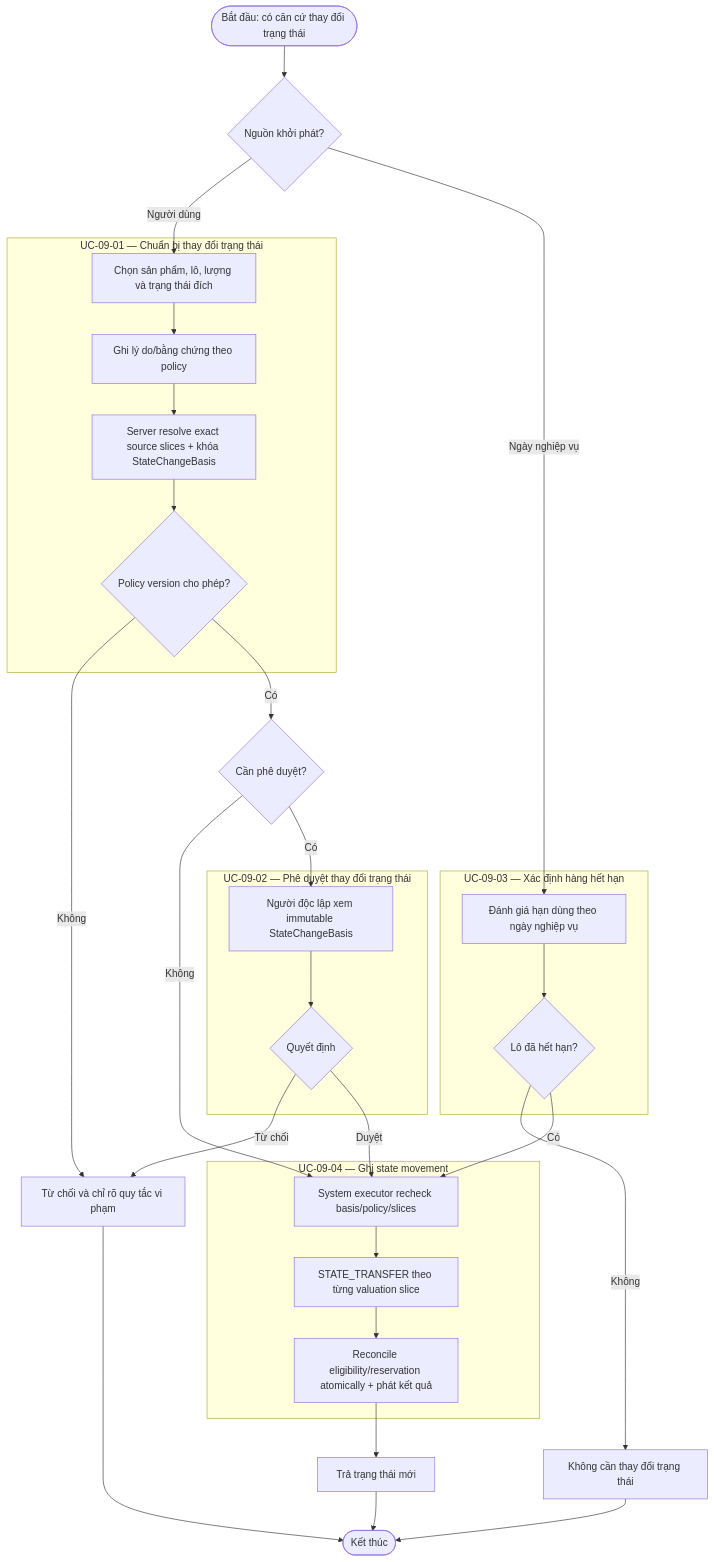
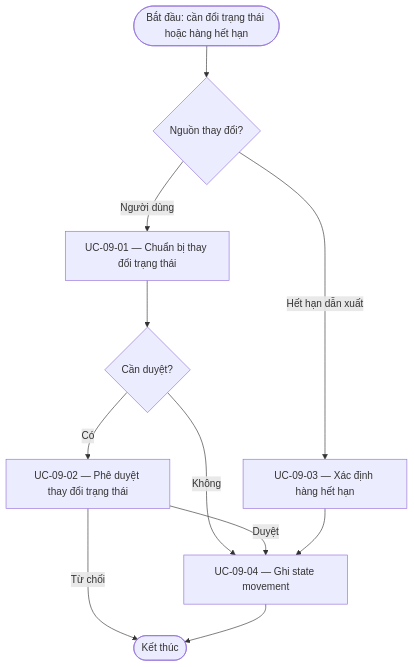
One commit to DsChien102/erp-sales-inventory changed the diagram in specs/themes/theme-07/02.specification/behavior/journeys/BJ-09-quan-ly-trang-thai-hang.md. Above: the diagram before and after it, drawn with Mermaid. The commit also changed other lines of this file and 4136 other files, not shown here.

````diff
--- a/specs/themes/theme-07/02.specification/behavior/journeys/BJ-09-quan-ly-trang-thai-hang.md
+++ b/specs/themes/theme-07/02.specification/behavior/journeys/BJ-09-quan-ly-trang-thai-hang.md
@@ -51,41 +32,13 @@
 ```mermaid
 flowchart TD
-    S([Bắt đầu: có căn cứ thay đổi trạng thái]) --> T{Nguồn khởi phát?}
-
-    T -->|Người dùng| U1A
-    subgraph U1["UC-09-01 — Chuẩn bị thay đổi trạng thái"]
-        U1A[Chọn sản phẩm, lô, lượng và trạng thái đích] --> U1B[Ghi lý do/bằng chứng theo policy]
-        U1B --> U1C[Server resolve exact source slices + khóa StateChangeBasis]
-        U1C --> U1D{Policy version cho phép?}
-    end
-
-    U1D -->|Không| R0[Từ chối và chỉ rõ quy tắc vi phạm]
-    U1D -->|Có| A{Cần phê duyệt?}
-    A -->|Không| SUA
-    A -->|Có| U2A
-
-    subgraph U2["UC-09-02 — Phê duyệt thay đổi trạng thái"]
-        U2A[Người độc lập xem immutable StateChangeBasis] --> U2B{Quyết định}
-    end
-
-    U2B -->|Từ chối| R0
-    U2B -->|Duyệt| SUA
-
-    T -->|Ngày nghiệp vụ| U3A
-    subgraph U3["UC-09-03 — Xác định hàng hết hạn"]
-        U3A[Đánh giá hạn dùng theo ngày nghiệp vụ] --> U3B{Lô đã hết hạn?}
-    end
-
-    U3B -->|Không| R1[Không cần thay đổi trạng thái]
-    U3B -->|Có| SUA
-
-    subgraph SU["UC-09-04 — Ghi state movement"]
-        SUA[System executor recheck basis/policy/slices] --> SUB[STATE_TRANSFER theo từng valuation slice]
-        SUB --> SUC[Reconcile eligibility/reservation atomically + phát kết quả]
-    end
-
-    SUC --> R2[Trả trạng thái mới]
-    R0 --> E([Kết thúc])
-    R1 --> E
-    R2 --> E
+    Begin([Bắt đầu: cần đổi trạng thái hoặc hàng hết hạn]) --> D{"Nguồn thay đổi?"}
+    D -->|Người dùng| U1["UC-09-01 — Chuẩn bị thay đổi trạng thái"]
+    D -->|Hết hạn dẫn xuất| U3["UC-09-03 — Xác định hàng hết hạn"]
+    U1 --> A{"Cần duyệt?"}
+    A -->|Có| U2["UC-09-02 — Phê duyệt thay đổi trạng thái"]
+    A -->|Không| U4["UC-09-04 — Ghi state movement"]
+    U2 -->|Duyệt| U4
+    U2 -->|Từ chối| End([Kết thúc])
+    U3 --> U4
+    U4 --> End
 ```
````
